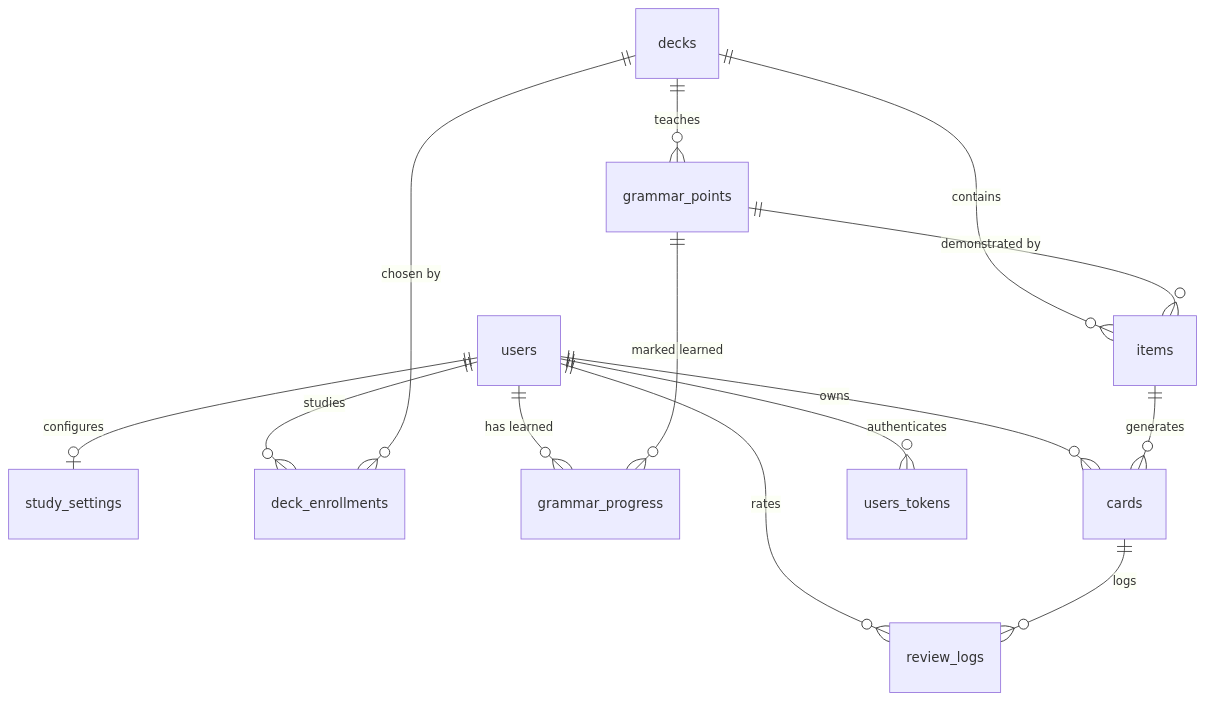
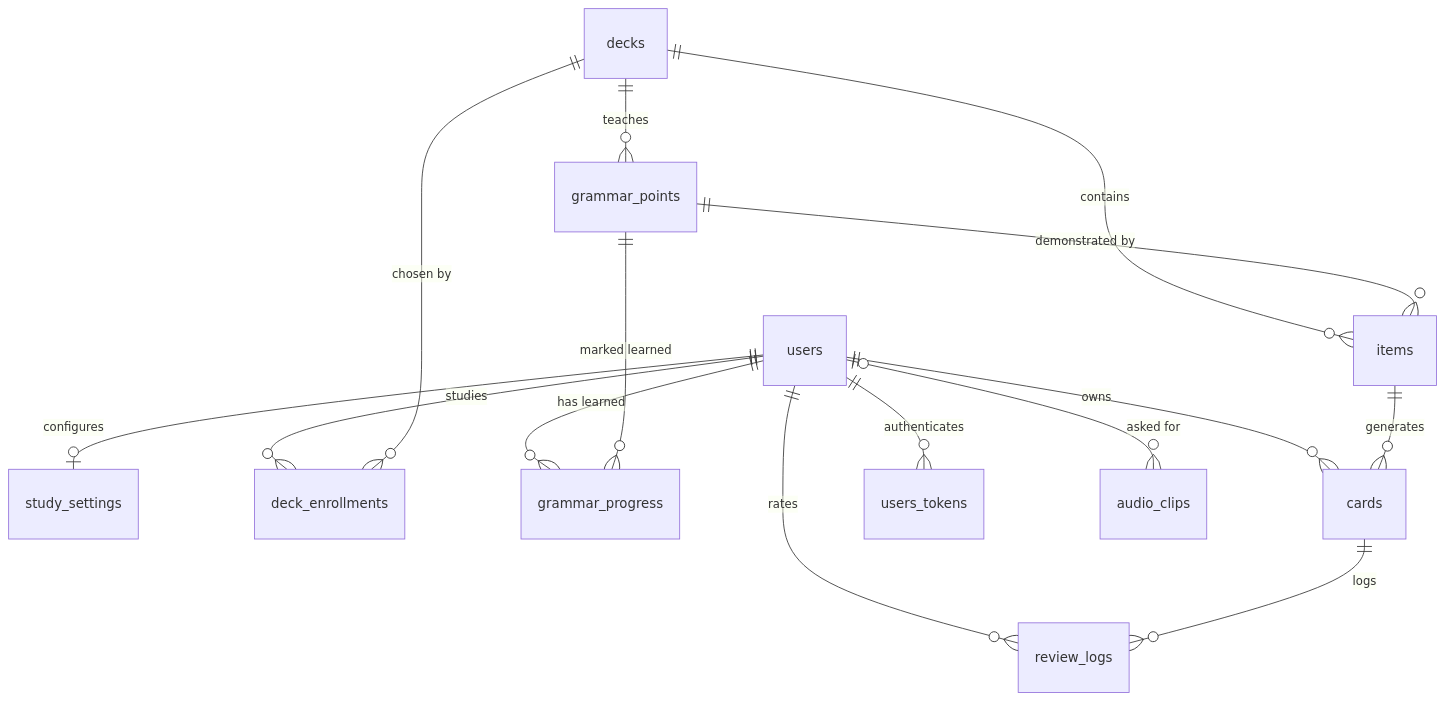
The diagram in guides/domain-model.md (dylangleason/hanguko), drawn with Mermaid before and after one commit. The commit also changed other lines of this file and 56 other files, not shown here.

````diff
--- a/guides/domain-model.md
+++ b/guides/domain-model.md
@@ -7,16 +8,17 @@
 ```mermaid
 erDiagram
   users ||--o| study_settings : "configures"
   users ||--o{ deck_enrollments : "studies"
   users ||--o{ grammar_progress : "has learned"
   users ||--o{ cards : "owns"
   users ||--o{ review_logs : "rates"
   users ||--o{ users_tokens : "authenticates"
   decks ||--o{ items : "contains"
   decks ||--o{ grammar_points : "teaches"
   decks ||--o{ deck_enrollments : "chosen by"
   grammar_points ||--o{ items : "demonstrated by"
   grammar_points ||--o{ grammar_progress : "marked learned"
   items ||--o{ cards : "generates"
   cards ||--o{ review_logs : "logs"
+  users |o--o{ audio_clips : "asked for"
 ```
````
